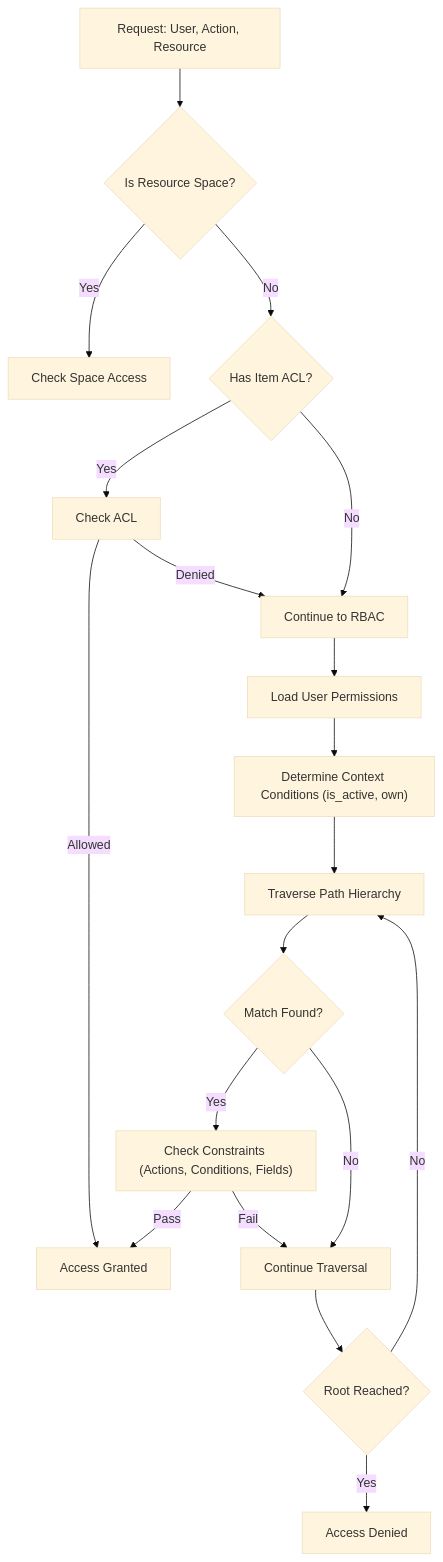
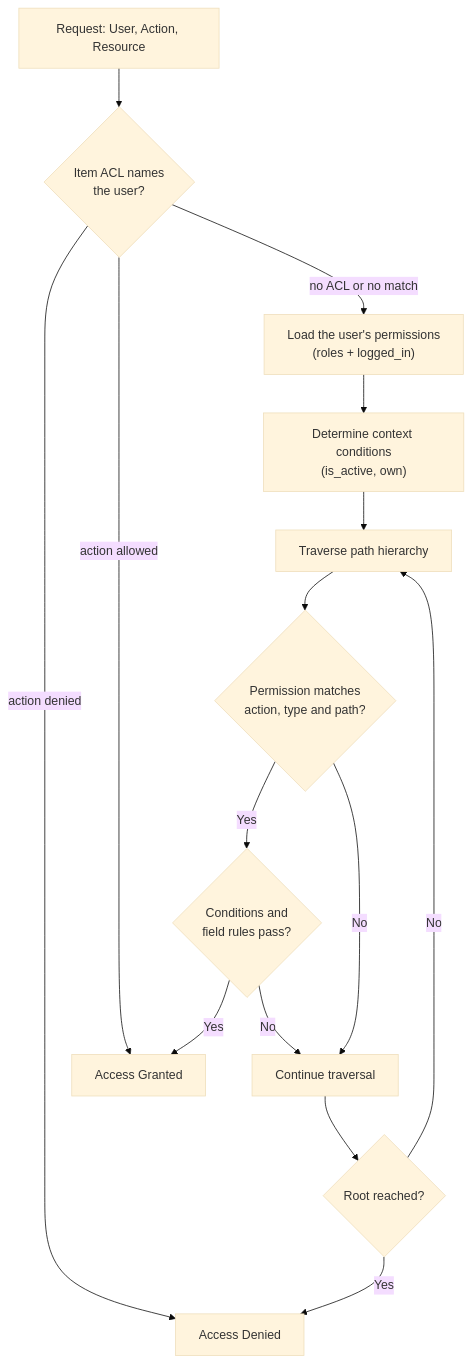
Before and after one commit to edraj/website: the diagram in pack/space/pages/access_control.md, drawn with Mermaid (base theme). The commit also changed other lines of this file and 13 other files, not shown here.

````diff
--- a/pack/space/pages/access_control.md
+++ b/pack/space/pages/access_control.md
@@ -23,21 +23,17 @@
 ```mermaid
 graph TD
-    A["Request: User, Action, Resource"] --> B{Is Resource Space?}
-    B -- Yes --> C[Check Space Access]
-    B -- No --> D{Has Item ACL?}
-    D -- Yes --> E[Check ACL]
-    E -- Allowed --> F[Access Granted]
-    E -- Denied --> G[Continue to RBAC]
-    D -- No --> G
-    G --> H[Load User Permissions]
-    H --> I["Determine Context Conditions (is_active, own)"]
-    I --> J[Traverse Path Hierarchy]
-    J --> K{Match Found?}
-    K -- Yes --> L["Check Constraints (Actions, Conditions, Fields)"]
-    L -- Pass --> F
-    L -- Fail --> M[Continue Traversal]
+    A["Request: User, Action, Resource"] --> D{"Item ACL names<br/>the user?"}
+    D -- "action denied" --> O[Access Denied]
+    D -- "action allowed" --> F[Access Granted]
+    D -- "no ACL or no match" --> H["Load the user's permissions<br/>(roles + logged_in)"]
+    H --> I["Determine context conditions<br/>(is_active, own)"]
+    I --> J[Traverse path hierarchy]
+    J --> K{"Permission matches<br/>action, type and path?"}
+    K -- Yes --> L{"Conditions and<br/>field rules pass?"}
+    L -- Yes --> F
+    L -- No --> M[Continue traversal]
     K -- No --> M
-    M --> N{Root Reached?}
+    M --> N{Root reached?}
     N -- No --> J
-    N -- Yes --> O[Access Denied]
+    N -- Yes --> O
 ```
````
